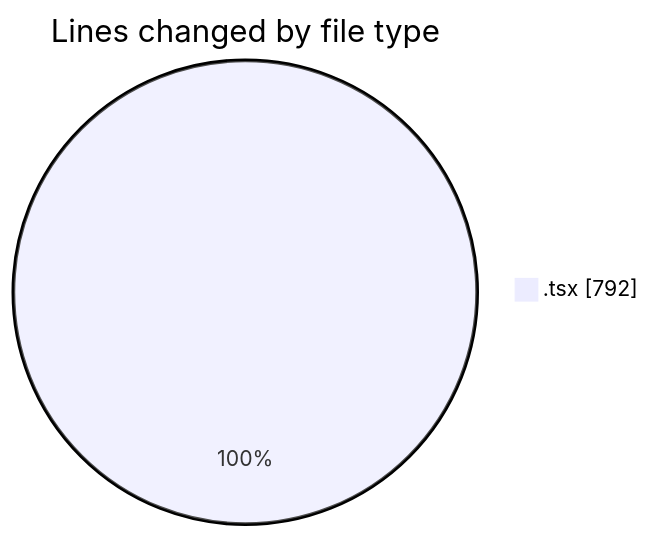
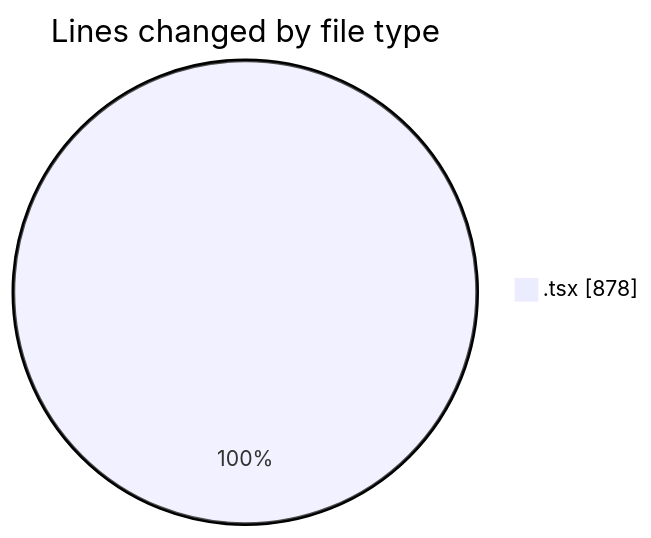
The first of 2 diagrams in 2025-02-12/cda/README.md (momahboobian/code-tracking), drawn with Mermaid before and after one commit. The commit also changed other lines of this file and 1 other file, not shown here.

````diff
--- a/2025-02-12/cda/README.md
+++ b/2025-02-12/cda/README.md
@@ -21,5 +21,5 @@
 ```mermaid
 pie showData
 title Lines changed by file type
-".tsx" : 792
+".tsx" : 878
 ```
````
